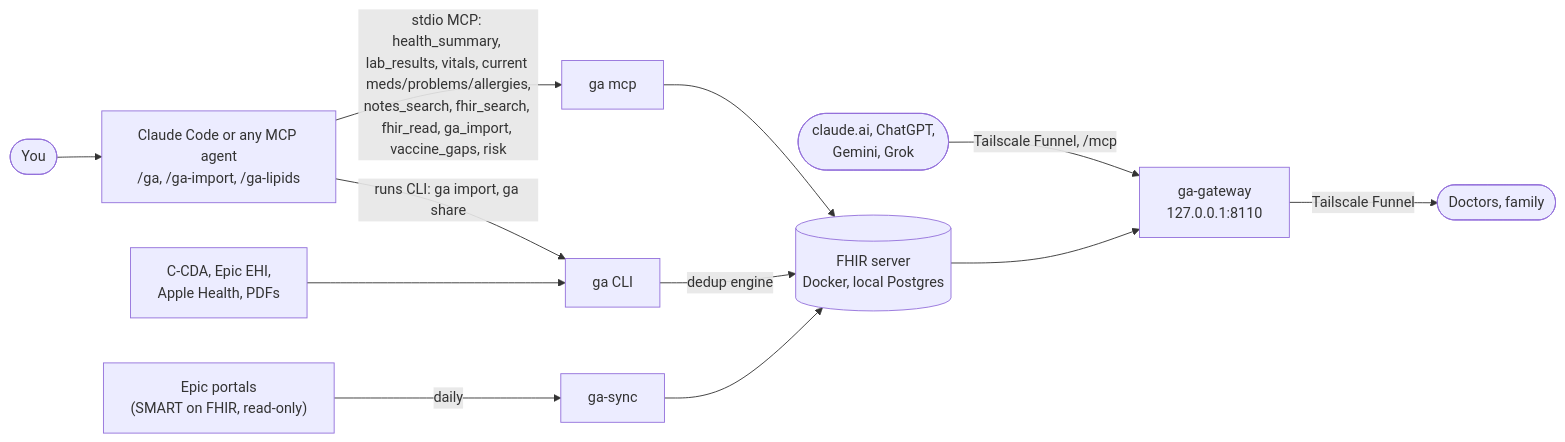
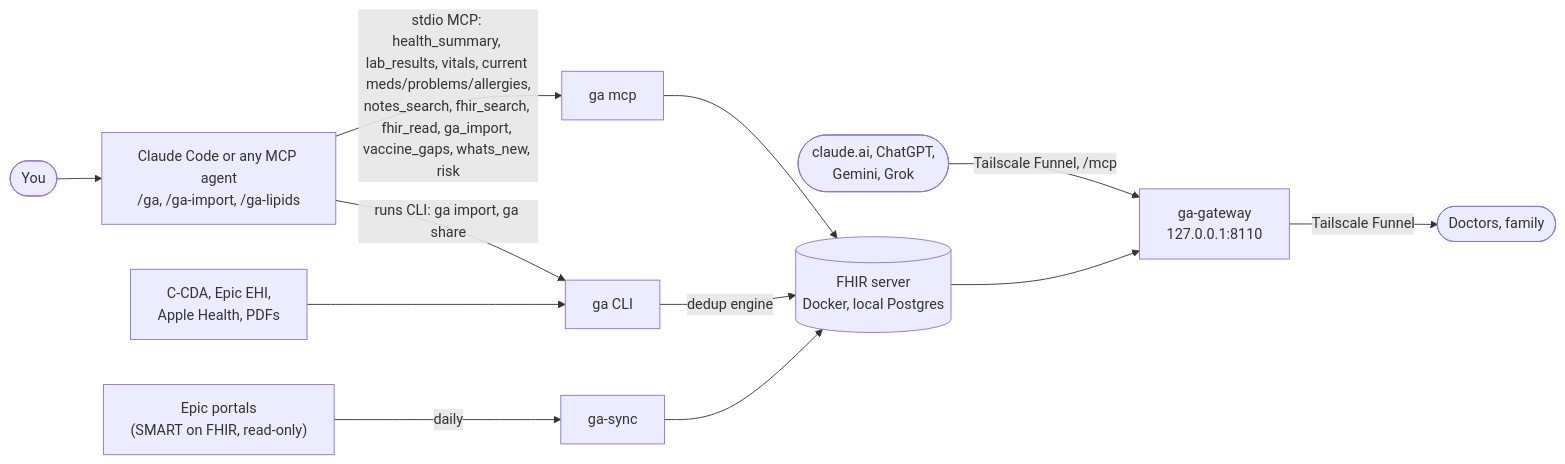
One commit to seouri/ga-server changed the diagram in README.md. Above: the diagram before and after it, drawn with Mermaid. The commit also changed 10 other files, not shown here.

````diff
--- a/README.md
+++ b/README.md
@@ -36,12 +36,12 @@
 ```mermaid
 flowchart LR
   you([You]) --> agent["Claude Code or any MCP agent<br/>/ga, /ga-import, /ga-lipids"]
-  agent -- "stdio MCP: health_summary, lab_results, vitals, current meds/problems/allergies,<br/>notes_search, fhir_search, fhir_read, ga_import, vaccine_gaps, risk" --> mcp["ga mcp"]
+  agent -- "stdio MCP: health_summary, lab_results, vitals, current meds/problems/allergies,<br/>notes_search, fhir_search, fhir_read, ga_import, vaccine_gaps, whats_new, risk" --> mcp["ga mcp"]
   apps(["claude.ai, ChatGPT,<br/>Gemini, Grok"]) -- "Tailscale Funnel, /mcp" --> gateway
   agent -- "runs CLI: ga import, ga share" --> cli["ga CLI"]
   mcp --> fhir[("FHIR server<br/>Docker, local Postgres")]
   cli -- "dedup engine" --> fhir
   files["C-CDA, Epic EHI,<br/>Apple Health, PDFs"] --> cli
   epic["Epic portals<br/>(SMART on FHIR, read-only)"] -- "daily" --> sync["ga-sync"] --> fhir
   fhir --> gateway["ga-gateway<br/>127.0.0.1:8110"] -- "Tailscale Funnel" --> people(["Doctors, family"])
 ```
````
